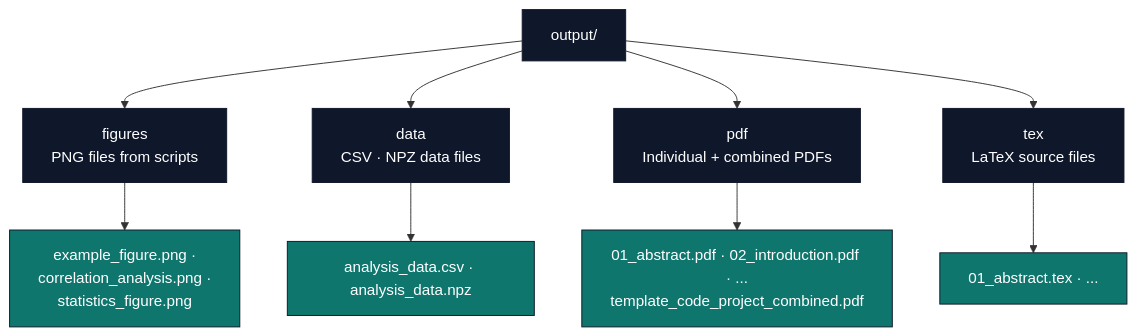
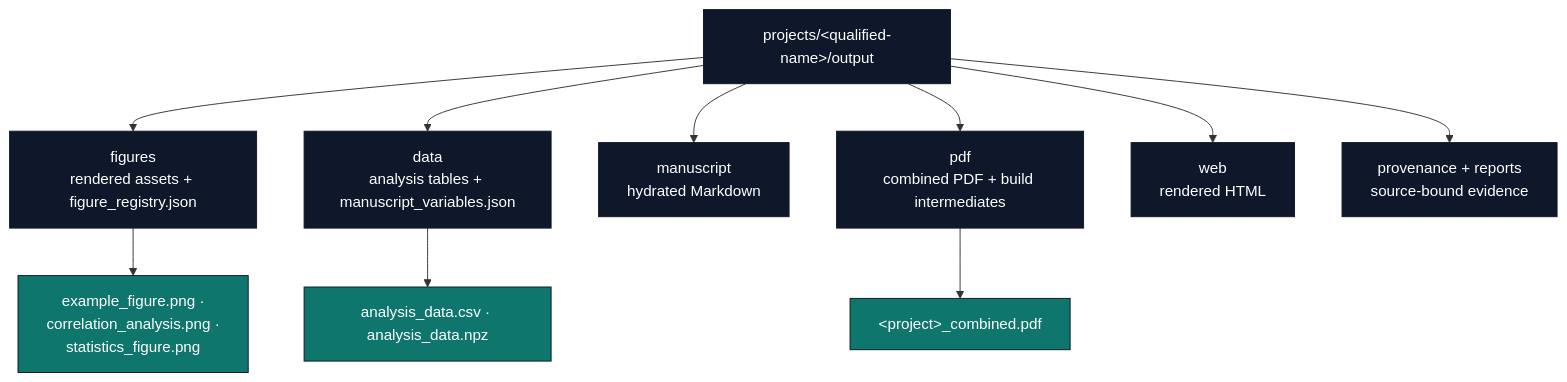
One commit to docxology/template changed the second of 2 diagrams in docs/guides/figures-and-analysis.md. Above: the diagram before and after it, drawn with Mermaid. The commit also changed other lines of this file and 82 other files, not shown here.

````diff
--- a/docs/guides/figures-and-analysis.md
+++ b/docs/guides/figures-and-analysis.md
@@ -529,18 +614,19 @@
 ```mermaid
 flowchart TB
-    OUT[output/]
-    OUT --> FIG[figures<br/>PNG files from scripts]
-    OUT --> DATA[data<br/>CSV · NPZ data files]
-    OUT --> PDF[pdf<br/>Individual + combined PDFs]
-    OUT --> TEX[tex<br/>LaTeX source files]
+    OUT[projects/&lt;qualified-name&gt;/output]
+    OUT --> FIG[figures<br/>rendered assets + figure_registry.json]
+    OUT --> DATA[data<br/>analysis tables + manuscript_variables.json]
+    OUT --> MAN[manuscript<br/>hydrated Markdown]
+    OUT --> PDF[pdf<br/>combined PDF + build intermediates]
+    OUT --> WEB[web<br/>rendered HTML]
+    OUT --> PROV[provenance + reports<br/>source-bound evidence]
 
     FIG --> FIG_F[example_figure.png ·<br/>correlation_analysis.png ·<br/>statistics_figure.png]
     DATA --> DATA_F[analysis_data.csv · analysis_data.npz]
-    PDF --> PDF_F[01_abstract.pdf · 02_introduction.pdf · ...<br/>template_code_project_combined.pdf]
-    TEX --> TEX_F[01_abstract.tex · ...]
+    PDF --> PDF_F[&lt;project&gt;_combined.pdf]
 
     classDef d fill:#0f172a,stroke:#0f172a,color:#fff
     classDef f fill:#0f766e,stroke:#0f172a,color:#fff
-    class OUT,FIG,DATA,PDF,TEX d
-    class FIG_F,DATA_F,PDF_F,TEX_F f
+    class OUT,FIG,DATA,MAN,PDF,WEB,PROV d
+    class FIG_F,DATA_F,PDF_F f
 ```
````
